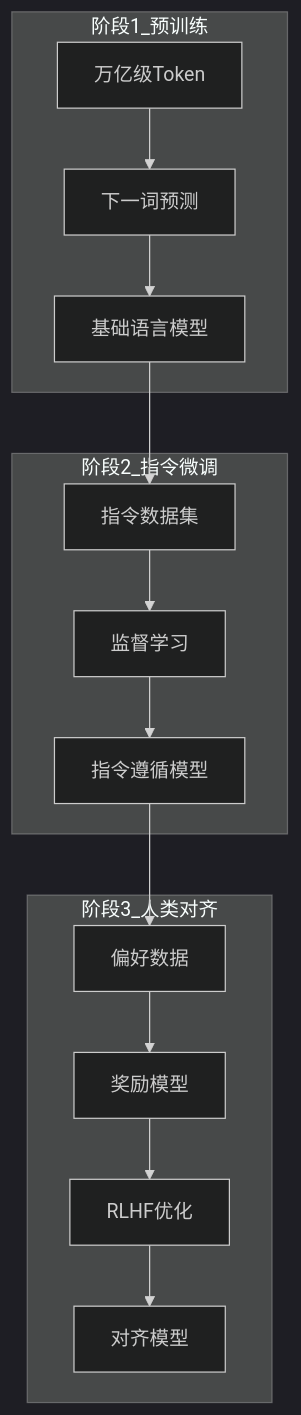
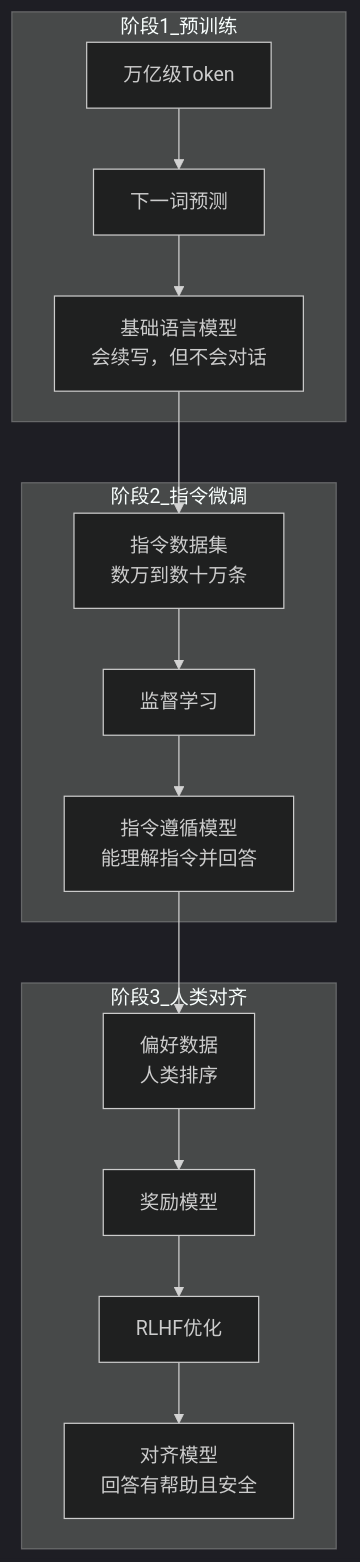
The eighth of 14 diagrams in docs/ai-llm-dev/basics/llm-principles.md (yuandiv/ai-dev-school), drawn with Mermaid (dark theme) before and after one commit. The commit also changed other lines of this file and 2 other files, not shown here.

````diff
--- a/docs/ai-llm-dev/basics/llm-principles.md
+++ b/docs/ai-llm-dev/basics/llm-principles.md
@@ -93,21 +424,21 @@
 ```mermaid
 flowchart TD
     subgraph 阶段1_预训练
         A1[万亿级Token] --> A2[下一词预测]
-        A2 --> A3[基础语言模型]
+        A2 --> A3[基础语言模型<br/>会续写，但不会对话]
     end
-    
+
     subgraph 阶段2_指令微调
-        B1[指令数据集] --> B2[监督学习]
-        B2 --> B3[指令遵循模型]
+        B1[指令数据集<br/>数万到数十万条] --> B2[监督学习]
+        B2 --> B3[指令遵循模型<br/>能理解指令并回答]
     end
-    
+
     subgraph 阶段3_人类对齐
-        C1[偏好数据] --> C2[奖励模型]
+        C1[偏好数据<br/>人类排序] --> C2[奖励模型]
         C2 --> C3[RLHF优化]
-        C3 --> C4[对齐模型]
+        C3 --> C4[对齐模型<br/>回答有帮助且安全]
     end
-    
+
     A3 --> B1
     B3 --> C1
 ```
````
